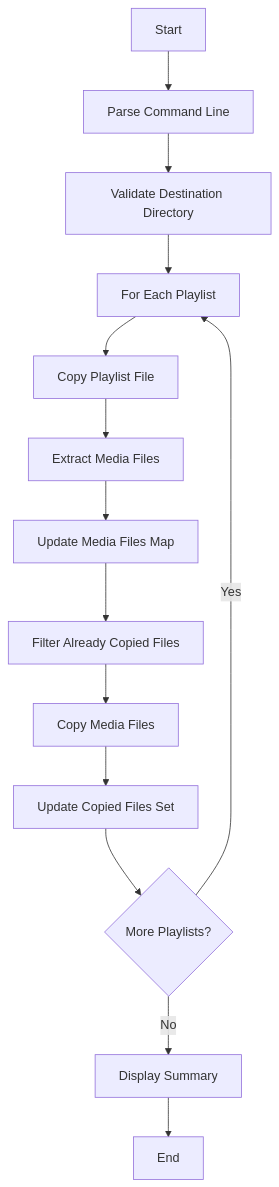
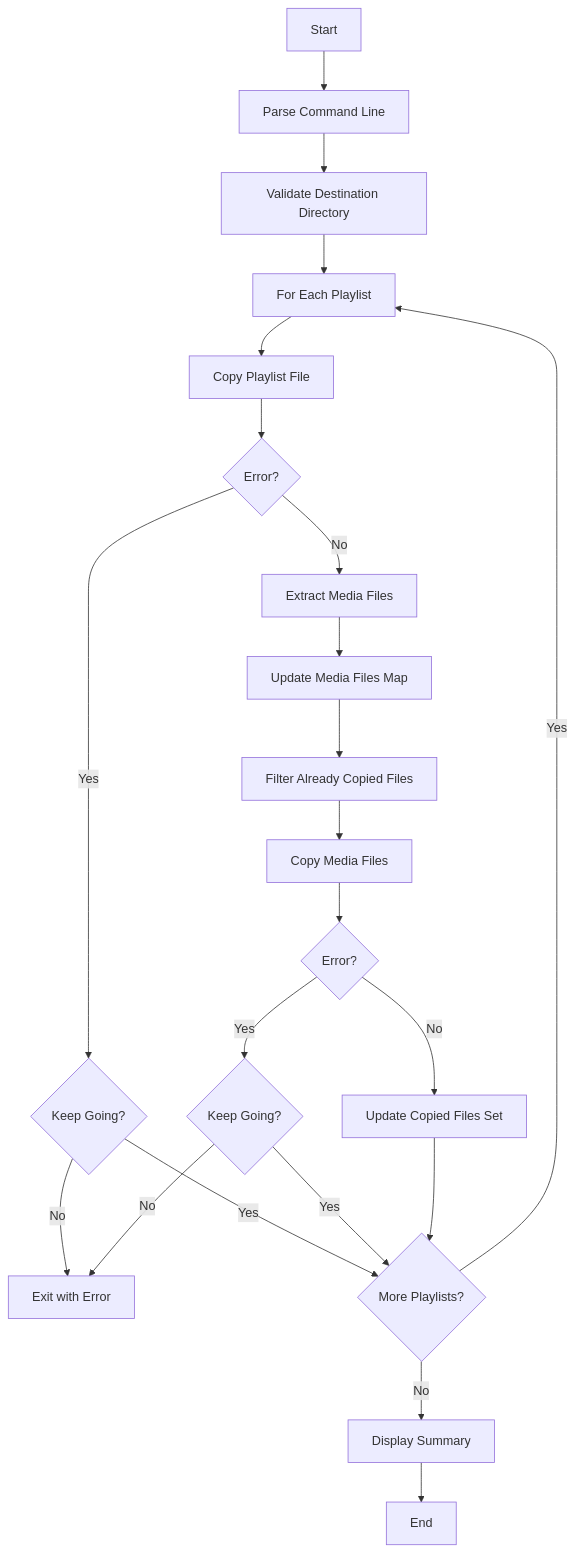
The first of 2 diagrams in doc/plm-put-playlist.md (upperstream/playlist-manager), drawn with Mermaid before and after one commit. The commit also changed other lines of this file and 4 other files, not shown here.

Commit message:
Add `--keep-going` option to `plm-put-playlist` for error resilience

````diff
--- a/doc/plm-put-playlist.md
+++ b/doc/plm-put-playlist.md
@@ -38,16 +39,24 @@
 ```mermaid
 flowchart TD
     A[Start] --> B[Parse Command Line]
     B --> C[Validate Destination Directory]
     C --> D[For Each Playlist]
     D --> E[Copy Playlist File]
-    E --> F[Extract Media Files]
-    F --> G[Update Media Files Map]
-    G --> H[Filter Already Copied Files]
-    H --> I[Copy Media Files]
-    I --> J[Update Copied Files Set]
-    J --> K{More Playlists?}
+    E --> F{Error?}
+    F -->|Yes| G{Keep Going?}
+    G -->|No| H[Exit with Error]
+    G -->|Yes| K
+    F -->|No| I[Extract Media Files]
+    I --> J[Update Media Files Map]
+    J --> L[Filter Already Copied Files]
+    L --> M[Copy Media Files]
+    M --> N{Error?}
+    N -->|Yes| O{Keep Going?}
+    O -->|No| H
+    O -->|Yes| K
+    N -->|No| P[Update Copied Files Set]
+    P --> K{More Playlists?}
     K -->|Yes| D
-    K -->|No| L[Display Summary]
-    L --> M[End]
+    K -->|No| Q[Display Summary]
+    Q --> R[End]
 ```
````
